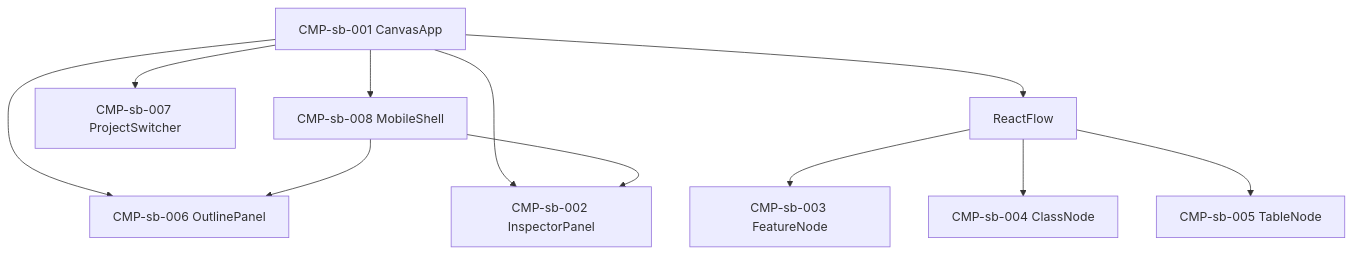
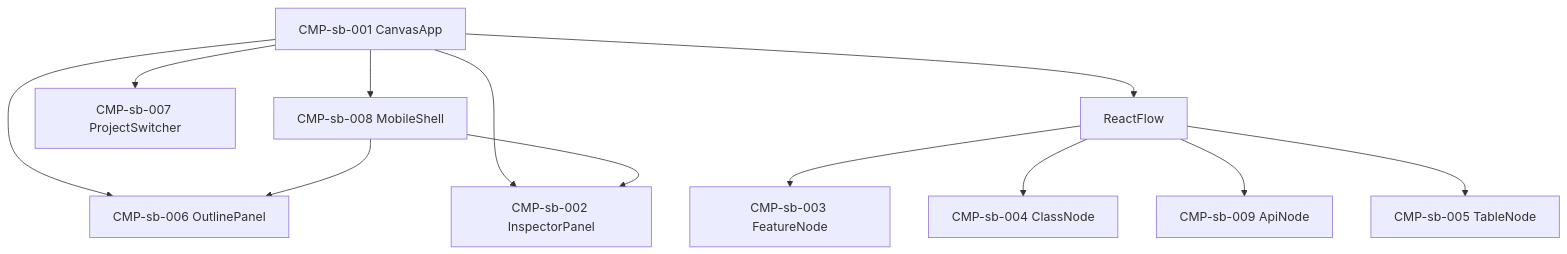
Before and after one commit to nittohbs-dev/HotStreak: the diagram in docs/design/spec-browser/features/spec-browser/components.md, drawn with Mermaid. The commit also changed other lines of this file and 9 other files, not shown here.

````diff
--- a/docs/design/spec-browser/features/spec-browser/components.md
+++ b/docs/design/spec-browser/features/spec-browser/components.md
@@ -5,13 +5,14 @@
 ```mermaid
 flowchart TD
   App[CMP-sb-001 CanvasApp] --> Shell[CMP-sb-008 MobileShell]
   App --> Switcher[CMP-sb-007 ProjectSwitcher]
   App --> Outline[CMP-sb-006 OutlinePanel]
   App --> Flow[ReactFlow]
   App --> Insp[CMP-sb-002 InspectorPanel]
   Flow --> FN[CMP-sb-003 FeatureNode]
   Flow --> CN[CMP-sb-004 ClassNode]
+  Flow --> AN[CMP-sb-009 ApiNode]
   Flow --> TN[CMP-sb-005 TableNode]
   Shell --> Outline
   Shell --> Insp
 ```
````
